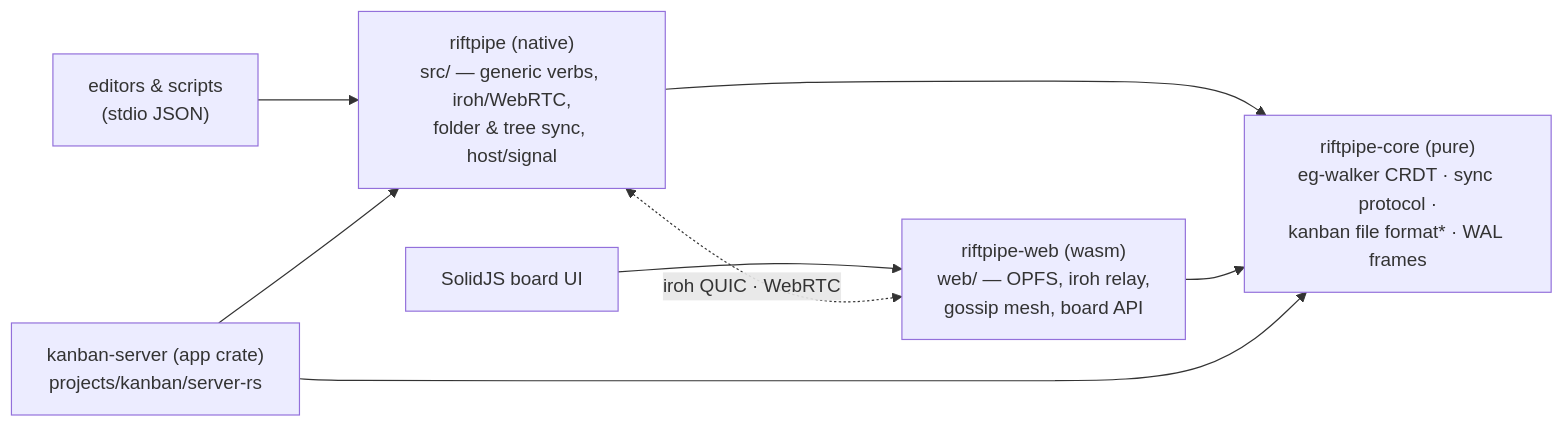
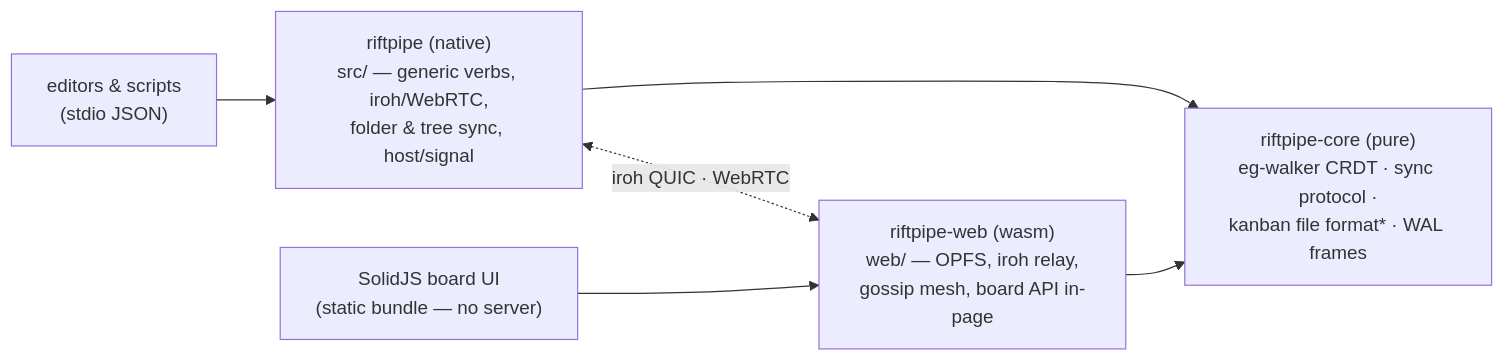
One commit to earv1/riftpipe changed the first of 6 diagrams in docs/architecture.md. Above: the diagram before and after it, drawn with Mermaid. The commit also changed other lines of this file and 14 other files, not shown here.

First line of the commit message:
Remove the kanban servers: the wasm payload is the backend

````diff
--- a/docs/architecture.md
+++ b/docs/architecture.md
@@ -38,13 +38,11 @@
 ```mermaid
 flowchart LR
     ED["editors & scripts<br/>(stdio JSON)"] --> CLI
-    UI["SolidJS board UI"] --> WEB
-    KS["kanban-server (app crate)<br/>projects/kanban/server-rs"] --> CLI
+    UI["SolidJS board UI<br/>(static bundle — no server)"] --> WEB
     CLI["riftpipe (native)<br/>src/ — generic verbs, iroh/WebRTC,<br/>folder & tree sync, host/signal"]
-    WEB["riftpipe-web (wasm)<br/>web/ — OPFS, iroh relay,<br/>gossip mesh, board API"]
+    WEB["riftpipe-web (wasm)<br/>web/ — OPFS, iroh relay,<br/>gossip mesh, board API in-page"]
     CLI <-. "iroh QUIC · WebRTC" .-> WEB
     CLI --> CORE
     WEB --> CORE
-    KS --> CORE
     CORE["riftpipe-core (pure)<br/>eg-walker CRDT · sync protocol ·<br/>kanban file format* · WAL frames"]
 ```
````
